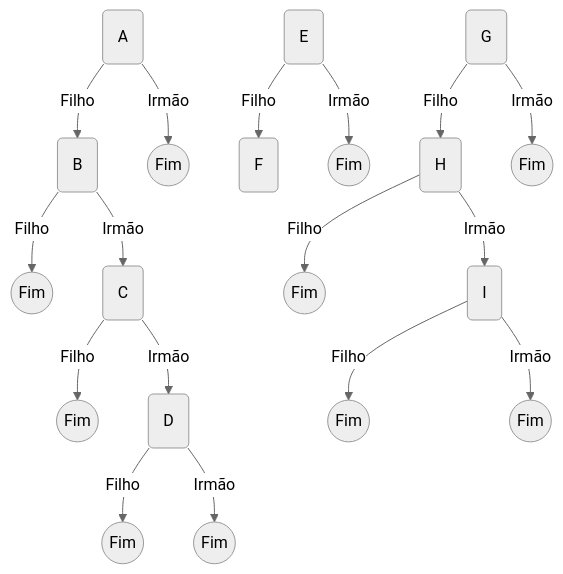
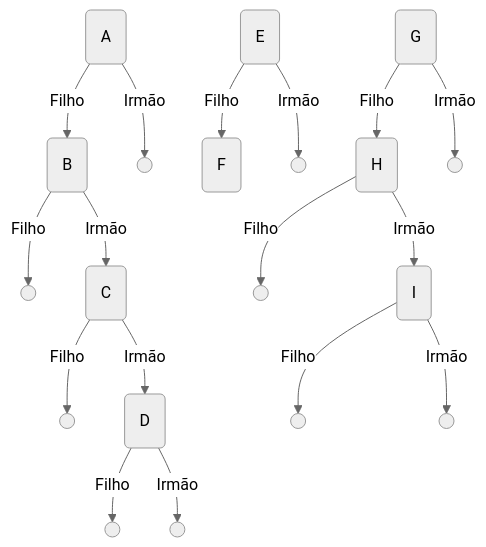
Before and after one commit to Assaoka/UNIFESP--Algoritmos_e_Estruturas_de_Dados_I: the fourth of 6 diagrams in Aulas/[ 15 ] Árvores Genéricas/README.md, drawn with Mermaid (neutral theme). The commit also changed other lines of this file, not shown here.

```diff
--- a/Aulas/[ 15 ] Árvores Genéricas/README.md
+++ b/Aulas/[ 15 ] Árvores Genéricas/README.md
@@ -86,21 +86,21 @@
 ~~~mermaid
 graph TD;
     A(A) -- Filho --> B(B);
-        B -- Filho --> i2((Fim));
+        B -- Filho --> i2(( ));
         B -- Irmão --> C(C);
-            C -- Filho --> i3((Fim));
+            C -- Filho --> i3(( ));
             C -- Irmão --> D(D);
-                D -- Filho --> i4((Fim));
-                D -- Irmão --> i5((Fim));
-    A -- Irmão --> i1((Fim));
+                D -- Filho --> i4(( ));
+                D -- Irmão --> i5(( ));
+    A -- Irmão --> i1(( ));
 
     E(E) -- Filho --> F(F);
-    E -- Irmão --> i6((Fim));
+    E -- Irmão --> i6(( ));
 
     G(G) -- Filho --> H(H);
-        H -- Filho --> i8((Fim));
+        H -- Filho --> i8(( ));
         H -- Irmão --> I(I);
-            I -- Filho --> i9((Fim));
-            I -- Irmão --> i10((Fim));
-    G -- Irmão --> i7((Fim));
+            I -- Filho --> i9(( ));
+            I -- Irmão --> i10(( ));
+    G -- Irmão --> i7(( ));
 ~~~
```
